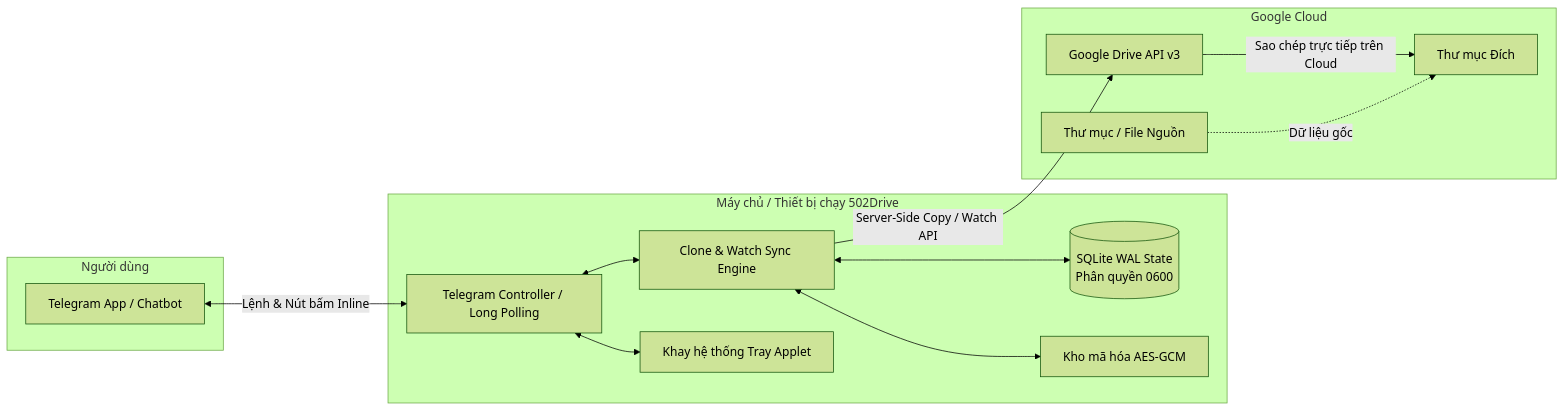
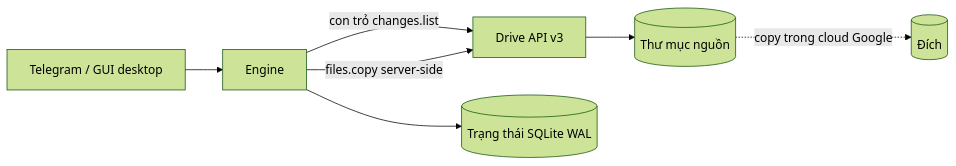
Before and after one commit to GiaHung07/502Drive: the diagram in README.vi.md, drawn with Mermaid (forest theme). The commit also changed other lines of this file and 16 other files, not shown here.

````diff
--- a/README.vi.md
+++ b/README.vi.md
@@ -26,29 +103,8 @@
 ```mermaid
 graph LR
-    subgraph Người dùng
-        TG[Telegram App / Chatbot]
-    end
-
-    subgraph "Máy chủ / Thiết bị chạy 502Drive"
-        Bot[Telegram Controller / Long Polling]
-        Engine[Clone & Watch Sync Engine]
-        DB[(SQLite WAL State\nPhân quyền 0600)]
-        Sec[Kho mã hóa AES-GCM]
-        Tray[Khay hệ thống Tray Applet]
-    end
-
-    subgraph Google Cloud
-        GDAPI[Google Drive API v3]
-        DriveSrc[Thư mục / File Nguồn]
-        DriveDst[Thư mục Đích]
-    end
-
-    TG <-->|Lệnh & Nút bấm Inline| Bot
-    Bot <--> Engine
-    Engine <--> DB
-    Engine <--> Sec
-    Bot <--> Tray
-    Engine -->|Server-Side Copy / Watch API| GDAPI
-    GDAPI -->|Sao chép trực tiếp trên Cloud| DriveDst
-    DriveSrc -.->|Dữ liệu gốc| DriveDst
+    TG[Telegram / GUI desktop] --> Engine
+    Engine -->|con trỏ changes.list| API[Drive API v3]
+    Engine -->|files.copy server-side| API
+    API --> Src[(Thư mục nguồn)] -.->|copy trong cloud Google| Dst[(Đích)]
+    Engine --> DB[(Trạng thái SQLite WAL)]
 ```
````
